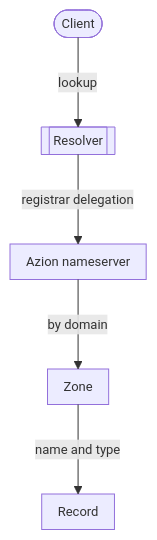
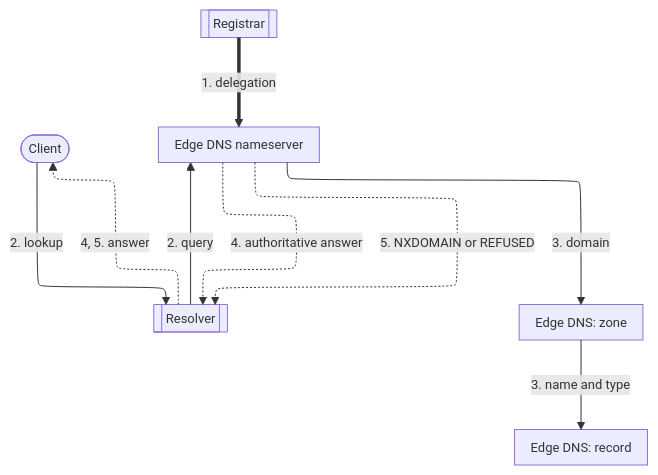
The first of 4 diagrams in apps/docs/src/content/docs/en/pages/secure/edge-dns/how-it-works.mdx (aziontech/docs), drawn with Mermaid before and after one commit. The commit also changed other lines of this file and 73 other files, not shown here.

Commit message:
fix(edge-dns): test the Edge DNS section against the product and correct the pages (#2710)

````diff
--- a/apps/docs/src/content/docs/en/pages/secure/edge-dns/how-it-works.mdx
+++ b/apps/docs/src/content/docs/en/pages/secure/edge-dns/how-it-works.mdx
@@ -26,8 +28,18 @@
 ```mermaid
-%%{init: {"layout": "elk", "themeVariables": {"fontSize": "13px"}, "flowchart": {"nodeSpacing": 24, "rankSpacing": 36, "padding": 8, "wrappingWidth": 150, "useMaxWidth": true}, "sequence": {"width": 120, "actorMargin": 30, "useMaxWidth": true}}}%%
+%%{init: {"layout": "elk", "elk": {"cycleBreakingStrategy": "MODEL_ORDER"}, "themeVariables": {"fontSize": "13px"}, "flowchart": {"nodeSpacing": 24, "rankSpacing": 36, "padding": 8, "wrappingWidth": 150, "useMaxWidth": true}, "sequence": {"width": 120, "actorMargin": 30, "useMaxWidth": true}}}%%
 flowchart TD
-  Cli(["Client"]) -->|"lookup"| Res[["Resolver"]]
-  Res -->|"registrar delegation"| Ns["Azion nameserver"]
-  Ns -->|"by domain"| Zone["Zone"]
-  Zone -->|"name and type"| Rec["Record"]
+  Client(["Client"])
+  Resolver[["Resolver"]]
+  Registrar[["Registrar"]]
+  NS["Edge DNS nameserver"]
+  Zone["Edge DNS: zone"]
+  Record["Edge DNS: record"]
+  Registrar ==>|"1. delegation"| NS
+  Client -->|"2. lookup"| Resolver
+  Resolver -->|"2. query"| NS
+  NS -->|"3. domain"| Zone
+  Zone -->|"3. name and type"| Record
+  NS -.->|"4. authoritative answer"| Resolver
+  NS -.->|"5. NXDOMAIN or REFUSED"| Resolver
+  Resolver -.->|"4, 5. answer"| Client
 ```
````
